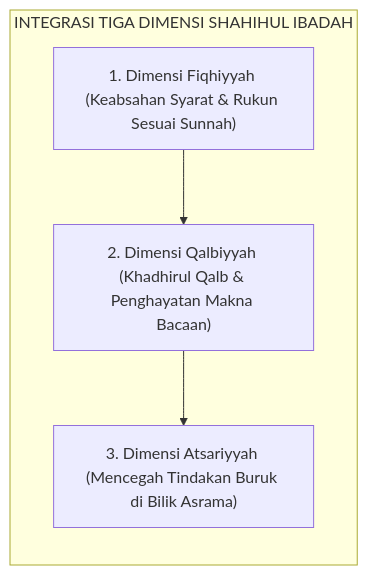
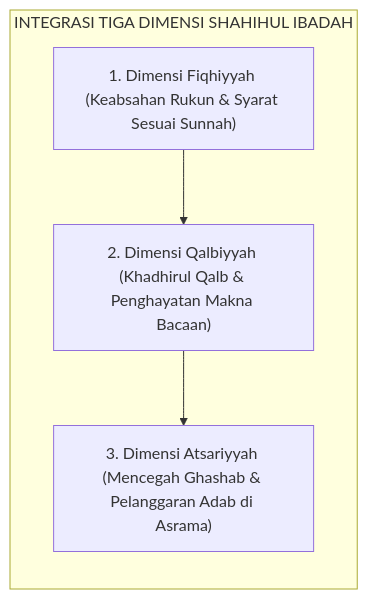
One commit to wandiapriliyandi/tumbuh changed the ninth of 47 diagrams in BOOK-SERIES/Volume-02/Buku-Volume-02-Taksonomi-Kapasitas-dan-10-Profil-Karakter.md. Above: the diagram before and after it, drawn with Mermaid. The commit also changed other lines of this file and 27 other files, not shown here.

````diff
--- a/BOOK-SERIES/Volume-02/Buku-Volume-02-Taksonomi-Kapasitas-dan-10-Profil-Karakter.md
+++ b/BOOK-SERIES/Volume-02/Buku-Volume-02-Taksonomi-Kapasitas-dan-10-Profil-Karakter.md
@@ -659,7 +527,7 @@
 ```mermaid
 graph LR
-    subgraph DimensiIbadah["INTEGRASI TIGA DIMENSI SHAHIHUL IBADAH"]
-        Fiqih["1. Dimensi Fiqhiyyah (Keabsahan Syarat & Rukun Sesuai Sunnah)"] --> Khusyuk["2. Dimensi Qalbiyyah (Khadhirul Qalb & Penghayatan Makna Bacaan)"]
-        Khusyuk --> Akhlak["3. Dimensi Atsariyyah (Mencegah Tindakan Buruk di Bilik Asrama)"]
+    subgraph TigaDimensiIbadah["INTEGRASI TIGA DIMENSI SHAHIHUL IBADAH"]
+        Fiqih["1. Dimensi Fiqhiyyah (Keabsahan Rukun & Syarat Sesuai Sunnah)"] --> Khusyuk["2. Dimensi Qalbiyyah (Khadhirul Qalb & Penghayatan Makna Bacaan)"]
+        Khusyuk --> Akhlak["3. Dimensi Atsariyyah (Mencegah Ghashab & Pelanggaran Adab di Asrama)"]
     end
 ```
````
